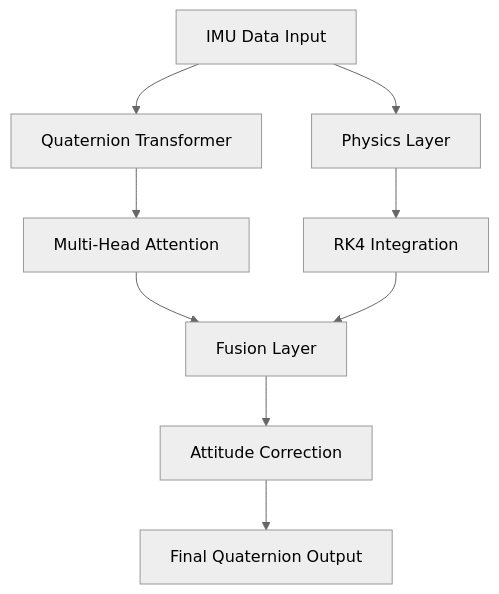
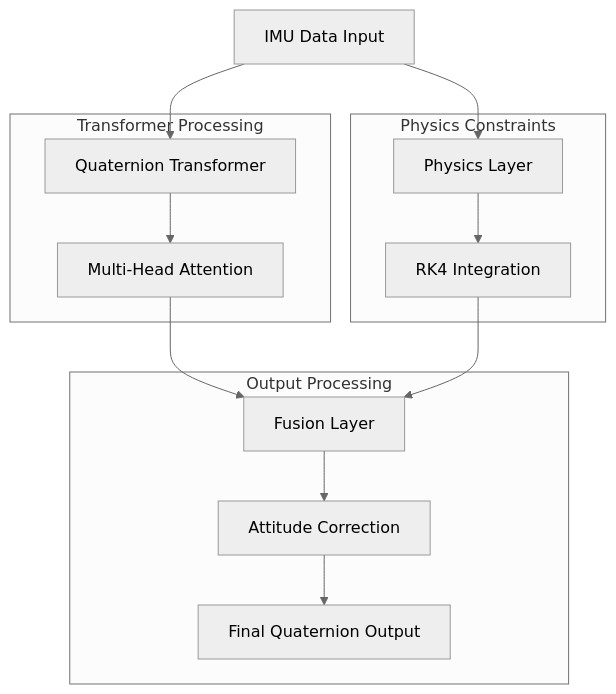
One commit to Armanasq/TE-PINN-Transformer-Enhanced-Physics-Informed-Neural-Network-Quaternion-Orientation-Estimation changed the first of 2 diagrams in README.md. Above: the diagram before and after it, drawn with Mermaid (neutral theme).

````diff
--- a/README.md
+++ b/README.md
@@ -49,11 +49,27 @@
 ```mermaid
 graph TD
     A[IMU Data Input] --> B[Quaternion Transformer]
     B --> C[Multi-Head Attention]
     A --> D[Physics Layer]
     D --> E[RK4 Integration]
     C --> F[Fusion Layer]
     E --> F
     F --> G[Attitude Correction]
     G --> H[Final Quaternion Output]
+    
+    subgraph Physics Constraints
+    D
+    E
+    end
+    
+    subgraph Transformer Processing
+    B
+    C
+    end
+    
+    subgraph Output Processing
+    F
+    G
+    H
+    end
 ```
````
